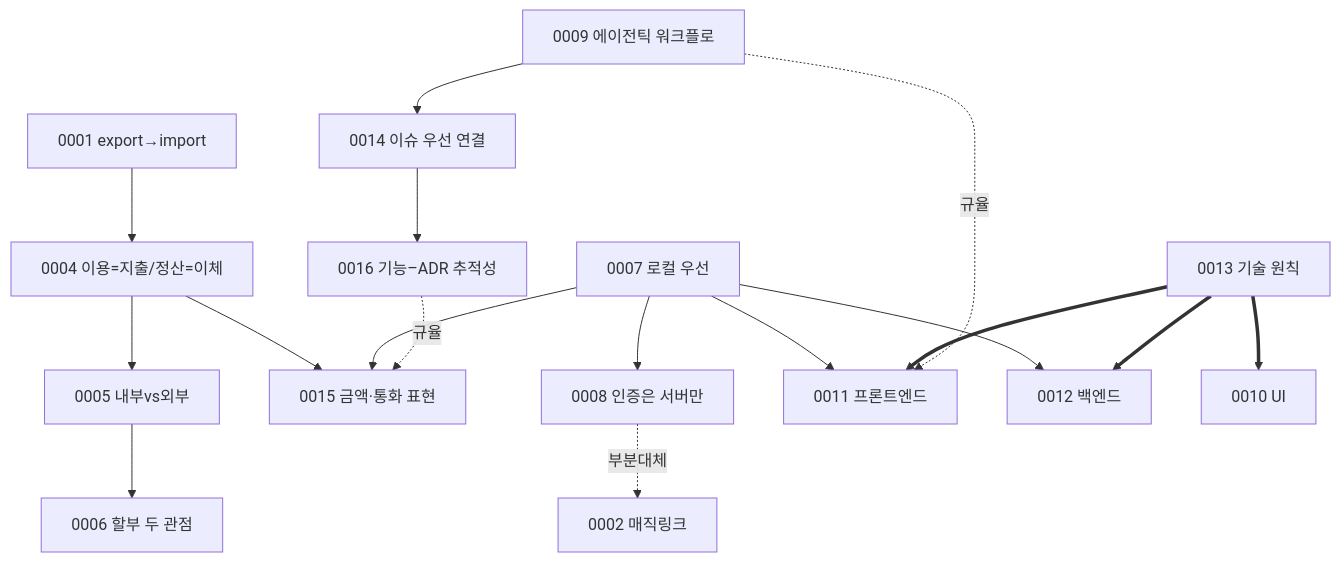
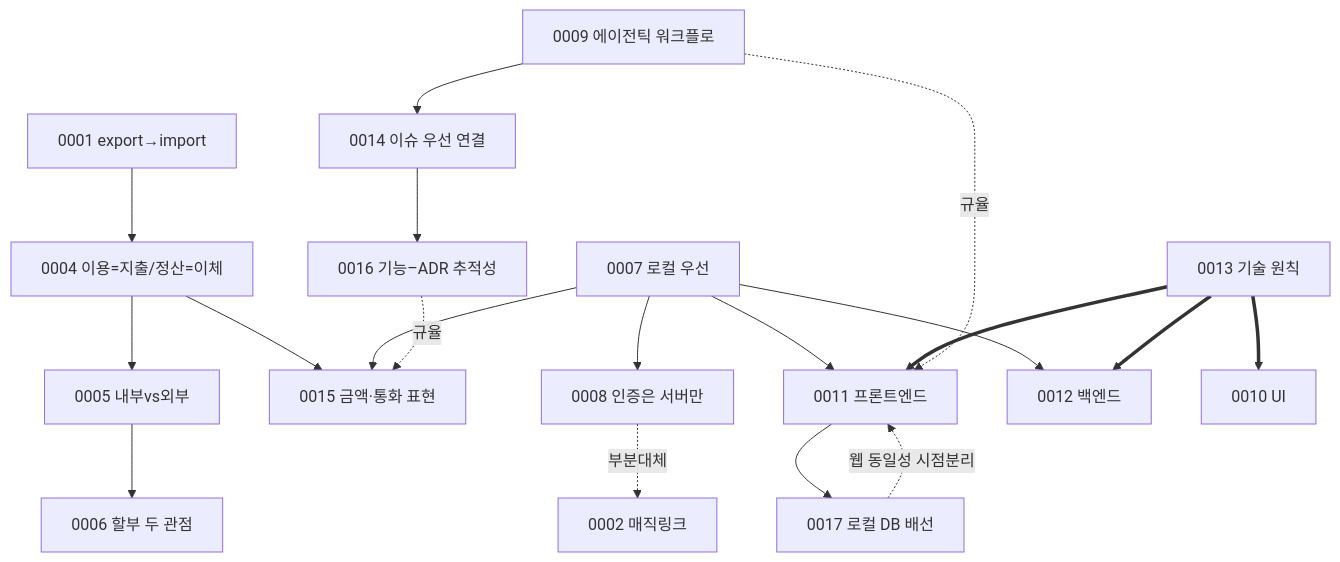
One commit to htcmw/kakebo changed the diagram in docs/decisions/README.md. Above: the diagram before and after it, drawn with Mermaid. The commit also changed other lines of this file and 2 other files, not shown here.

Commit message:
docs(adr): 로컬 DB 런타임 배선 결정 기록 (ADR-0017)
#26 스캐폴드에서 정한 expo-sqlite 네이티브 드라이버 + useMigrations +
v_ledger 뷰 포함을 ADR로 기록. 웹(OPFS)은 시점 분리(ADR-0011 웹 동일성
일시 부분 미충족, 후속 이슈). README 관계도·개발로그 교차 갱신.

Refs: #26, ADR-0007, ADR-0011, ADR-0015

````diff
--- a/docs/decisions/README.md
+++ b/docs/decisions/README.md
@@ -19,18 +19,20 @@
 ```mermaid
 graph TD
   A1[0001 export→import] --> F4[0004 이용=지출/정산=이체]
   F4 --> F5[0005 내부vs외부] --> F6[0006 할부 두 관점]
   F4 --> F15[0015 금액·통화 표현]
   R7[0007 로컬 우선] --> R8[0008 인증은 서버만]
   R7 --> F15
   R7 --> T11[0011 프론트엔드]
   R7 --> T12[0012 백엔드]
+  T11 --> T17[0017 로컬 DB 배선]
+  T17 -. 웹 동일성 시점분리 .-> T11
   R8 -. 부분대체 .-> R2[0002 매직링크]
   T13[0013 기술 원칙] ==> T10[0010 UI]
   T13 ==> T11
   T13 ==> T12
   M9[0009 에이전틱 워크플로] -. 규율 .-> T11
   M9 --> M14[0014 이슈 우선 연결]
   M14 --> M16[0016 기능–ADR 추적성]
   M16 -. 규율 .-> F15
 ```
````
